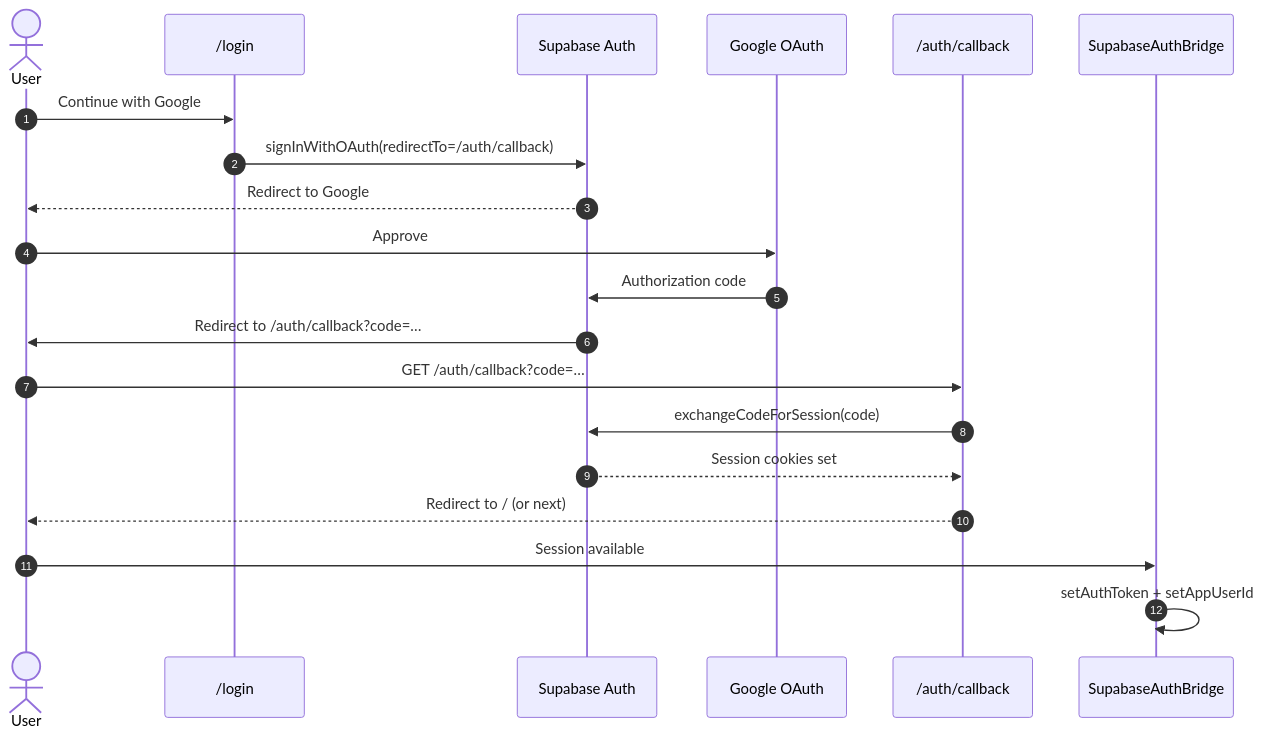
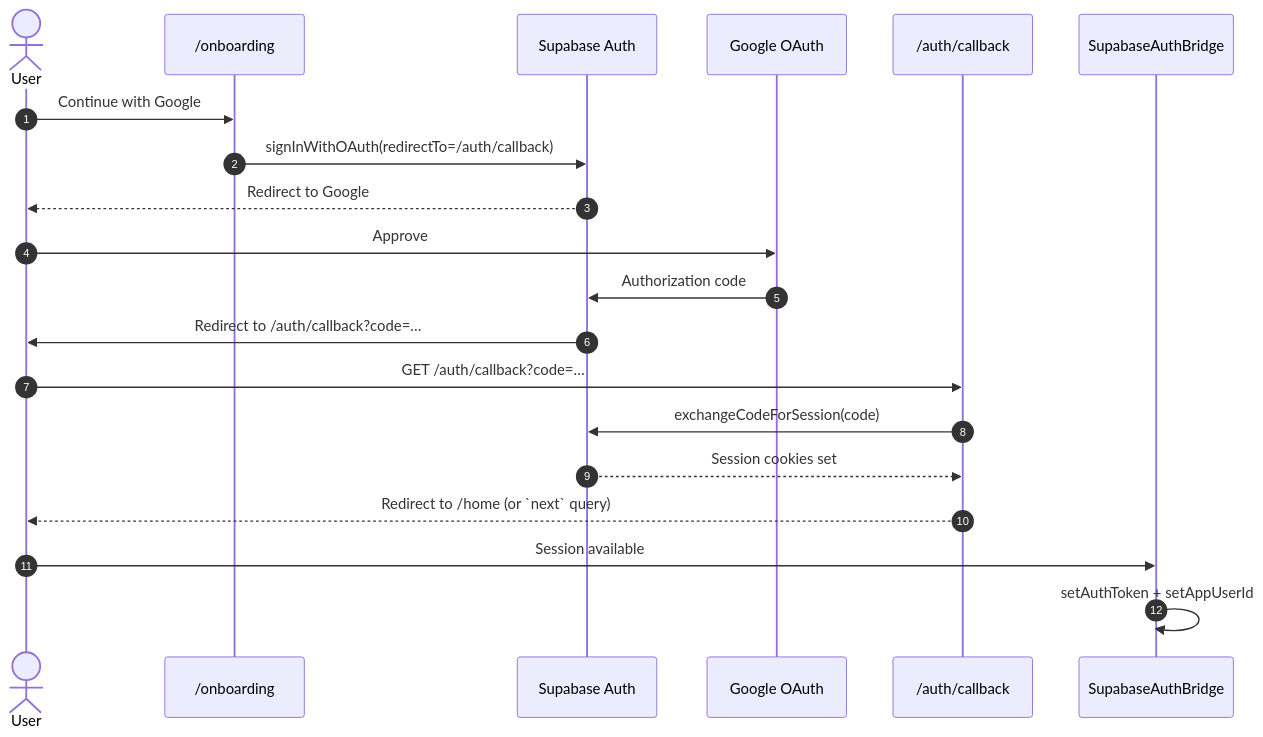
One commit to skkuse/2026spring_41class_team7 changed the third of 5 diagrams in docs/supabase-auth.md. Above: the diagram before and after it, drawn with Mermaid. The commit also changed other lines of this file and 91 other files, not shown here.

````diff
--- a/docs/supabase-auth.md
+++ b/docs/supabase-auth.md
@@ -106,25 +106,25 @@
 ```mermaid
 sequenceDiagram
   autonumber
   actor User
-  participant Login as /login
+  participant Login as /onboarding
   participant SB as Supabase Auth
   participant Google as Google OAuth
   participant CB as /auth/callback
   participant Bridge as SupabaseAuthBridge
 
   User->>Login: Continue with Google
   Login->>SB: signInWithOAuth(redirectTo=/auth/callback)
   SB-->>User: Redirect to Google
   User->>Google: Approve
   Google->>SB: Authorization code
   SB->>User: Redirect to /auth/callback?code=…
 
   User->>CB: GET /auth/callback?code=…
   CB->>SB: exchangeCodeForSession(code)
   SB-->>CB: Session cookies set
-  CB-->>User: Redirect to / (or next)
+  CB-->>User: Redirect to /home (or `next` query)
 
   User->>Bridge: Session available
   Bridge->>Bridge: setAuthToken + setAppUserId
 ```
````
